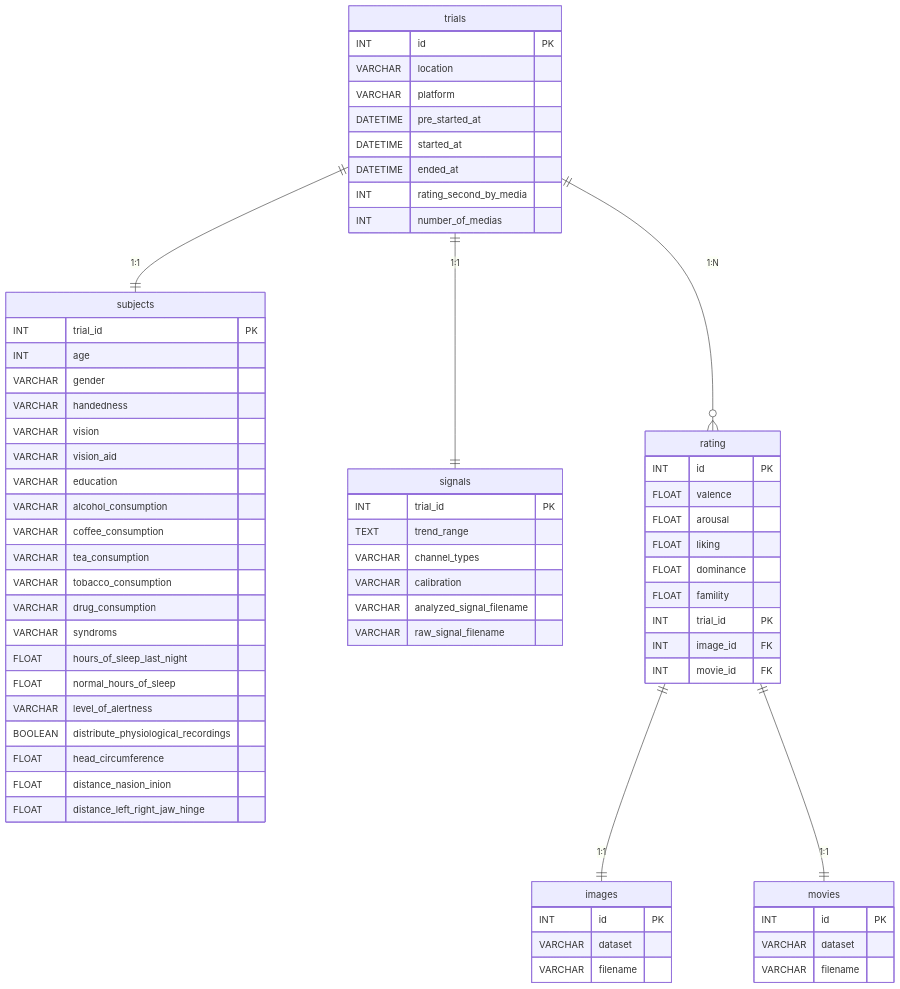
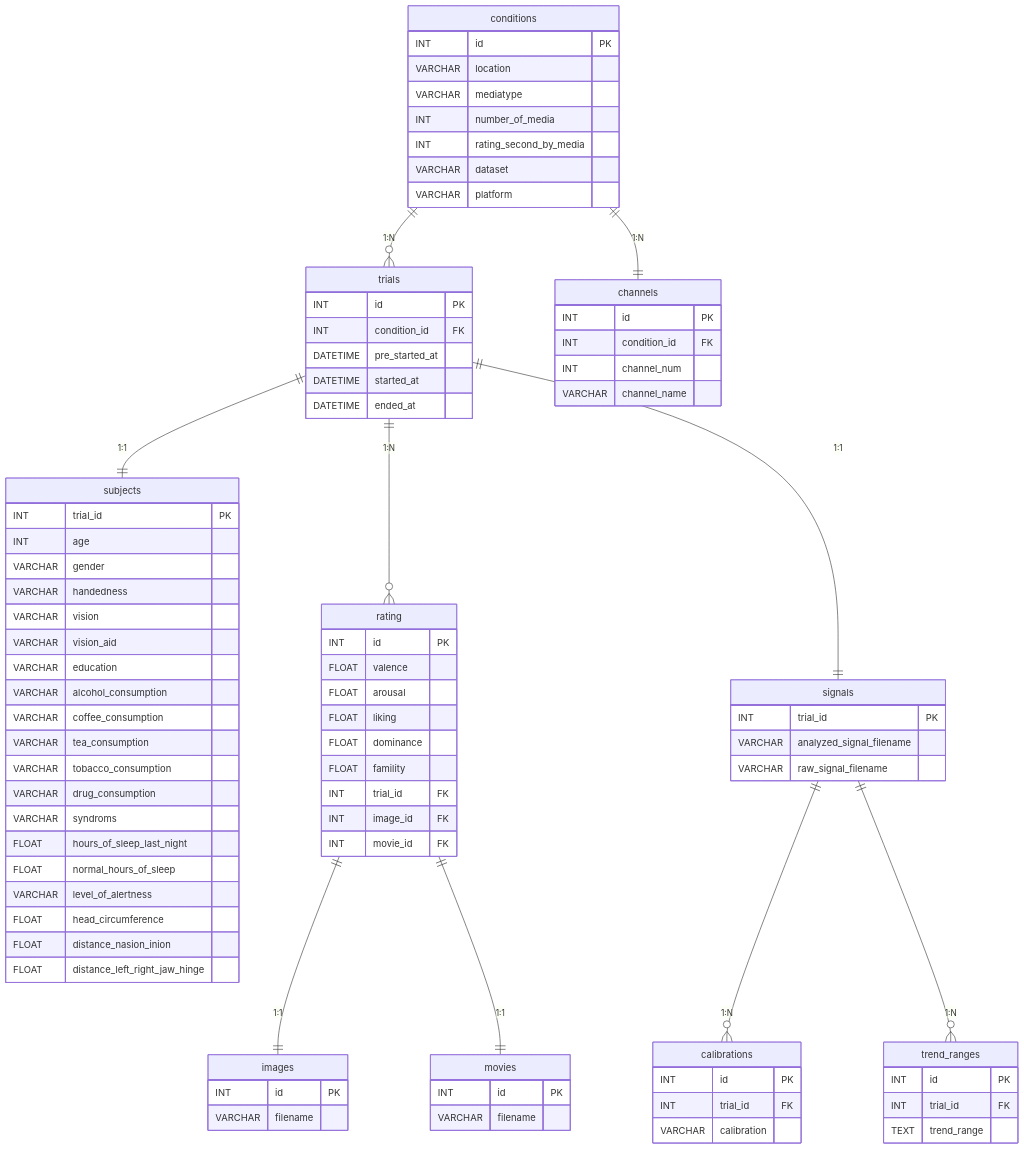
The second of 2 diagrams in README.md (ISDL-dev/MERS), drawn with Mermaid before and after one commit. The commit also changed 1 other file, not shown here.

Commit message:
create-tables

````diff
--- a/README.md
+++ b/README.md
@@ -83,20 +83,37 @@
 ```mermaid
 erDiagram
+    conditions ||--o{ trials:"1:N"
+    conditions ||--|| channels:"1:N"
     trials ||--|| subjects:"1:1"
-    trials ||--|| signals:"1:1"
     rating ||--|| images:"1:1"
     rating ||--|| movies:"1:1"
     trials ||--o{ rating:"1:N"
+    trials ||--|| signals:"1:1"
+    signals ||--o{ calibrations:"1:N"
+    signals ||--o{ trend_ranges:"1:N"
+    channels{
+        INT id PK
+        INT condition_id FK
+        INT channel_num
+        VARCHAR channel_name
+    }
+
+    conditions {
+        INT id PK           
+        VARCHAR location
+        VARCHAR mediatype
+        INT number_of_media    
+        INT rating_second_by_media
+        VARCHAR dataset
+        VARCHAR platform
+    }
 
     trials {
         INT id PK
-        VARCHAR location
-        VARCHAR platform
+        INT condition_id FK
         DATETIME pre_started_at
         DATETIME started_at
         DATETIME ended_at
-        INT rating_second_by_media
-        INT number_of_medias
     }
 
     subjects {
@@ -116,7 +133,6 @@
         FLOAT hours_of_sleep_last_night
         FLOAT normal_hours_of_sleep
         VARCHAR level_of_alertness
-        BOOLEAN distribute_physiological_recordings
         FLOAT head_circumference
         FLOAT distance_nasion_inion
         FLOAT distance_left_right_jaw_hinge
@@ -124,22 +140,29 @@
 
     signals {
         INT trial_id PK
-        TEXT trend_range
-        VARCHAR channel_types
-        VARCHAR calibration
         VARCHAR analyzed_signal_filename
         VARCHAR raw_signal_filename
     }
 
+    calibrations{
+        INT id PK
+        INT trial_id FK
+        VARCHAR calibration
+    }
+
+    trend_ranges{
+        INT id PK
+        INT trial_id FK
+        TEXT trend_range
+    }
+
     images {
         INT id PK
-        VARCHAR dataset
         VARCHAR filename
     }
 
     movies {
         INT id PK
-        VARCHAR dataset
         VARCHAR filename
     }
 
@@ -150,7 +173,7 @@
         FLOAT liking
         FLOAT dominance
         FLOAT famility
-        INT trial_id PK
+        INT trial_id FK
         INT image_id FK
         INT movie_id FK
     }
````
